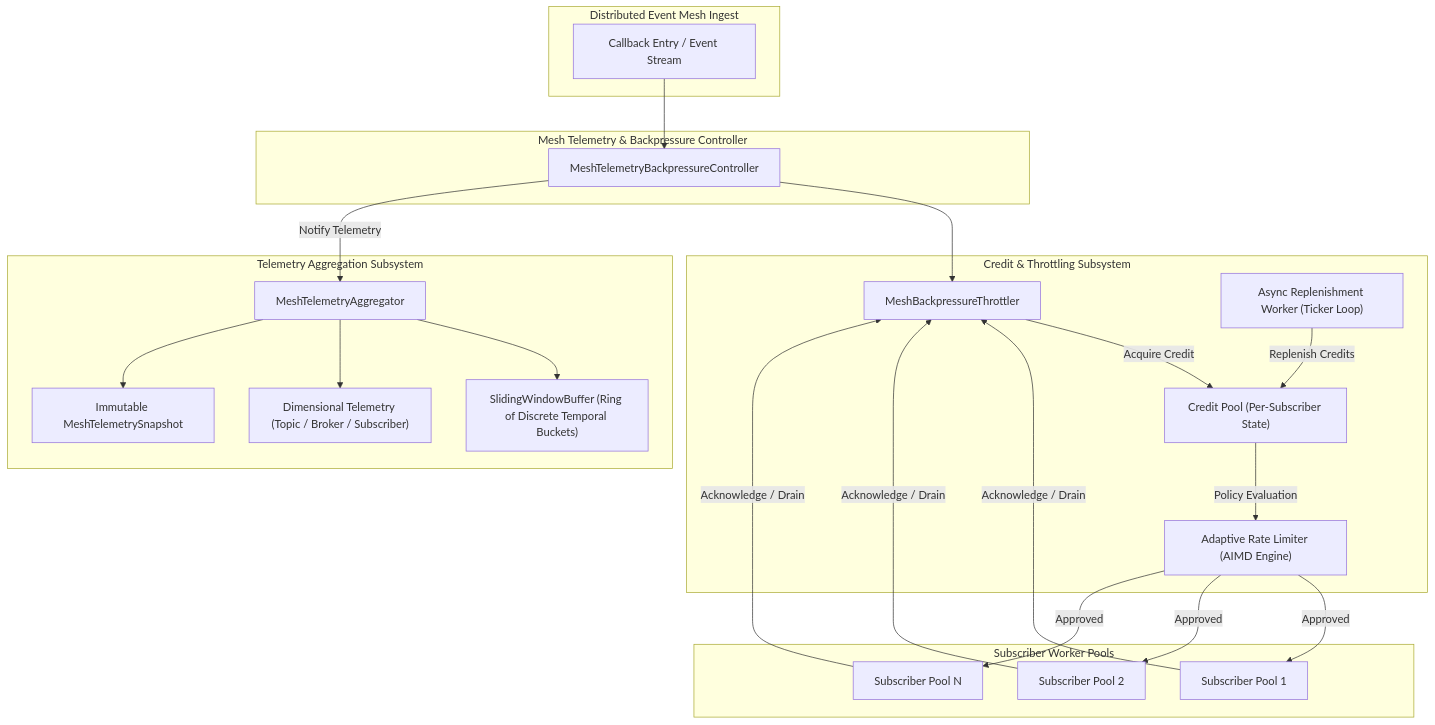
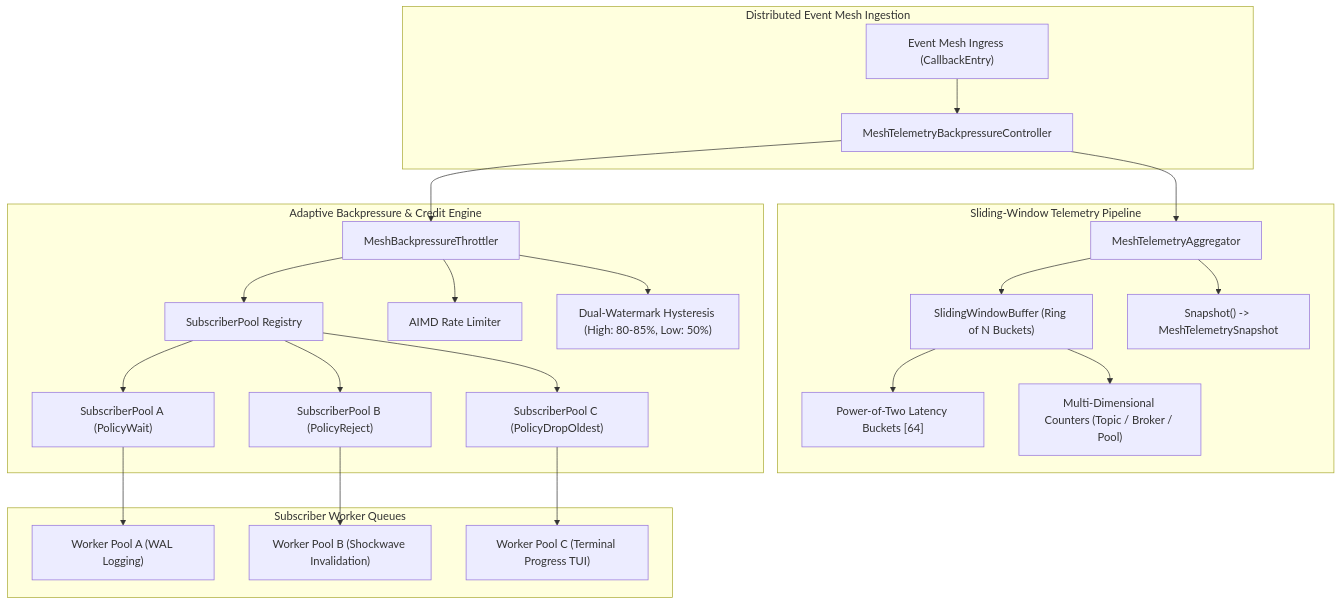
The first of 2 diagrams in docs/architecture/EVENT_MESH_TELEMETRY_BACKPRESSURE.md (zqk-os/zqk), drawn with Mermaid before and after one commit. The commit also changed other lines of this file and 2 other files, not shown here.

Commit message:
feat(callback): implement event mesh telemetry aggregation and adaptive backpressure throttling (BLI-1791759409830632000-8f7f064c, PRI-1791680272628493000-0fd3b71e)

````diff
--- a/docs/architecture/EVENT_MESH_TELEMETRY_BACKPRESSURE.md
+++ b/docs/architecture/EVENT_MESH_TELEMETRY_BACKPRESSURE.md
@@ -19,49 +16,31 @@
 ```mermaid
 flowchart TD
-    subgraph EventMesh["Distributed Event Mesh Ingest"]
-        E["Callback Entry / Event Stream"]
+    subgraph EventMesh ["Distributed Event Mesh Ingestion"]
+        InboundStream["Event Mesh Ingress (CallbackEntry)"] --> Dispatcher["MeshTelemetryBackpressureController"]
     end
 
-    subgraph Controller["Mesh Telemetry & Backpressure Controller"]
-        MC["MeshTelemetryBackpressureController"]
+    subgraph TelemetryAggregation ["Sliding-Window Telemetry Pipeline"]
+        Dispatcher --> MTA["MeshTelemetryAggregator"]
+        MTA --> SWB["SlidingWindowBuffer (Ring of N Buckets)"]
+        SWB --> LatencyHist["Power-of-Two Latency Buckets [64]"]
+        SWB --> DimMaps["Multi-Dimensional Counters (Topic / Broker / Pool)"]
+        MTA --> Snap["Snapshot() -> MeshTelemetrySnapshot"]
     end
 
-    subgraph TelemetrySubsystem["Telemetry Aggregation Subsystem"]
-        MTA["MeshTelemetryAggregator"]
-        SWB["SlidingWindowBuffer (Ring of Discrete Temporal Buckets)"]
-        DT["Dimensional Telemetry (Topic / Broker / Subscriber)"]
-        SNAP["Immutable MeshTelemetrySnapshot"]
+    subgraph BackpressureEngine ["Adaptive Backpressure & Credit Engine"]
+        Dispatcher --> Throttler["MeshBackpressureThrottler"]
+        Throttler --> PoolRegistry["SubscriberPool Registry"]
+        PoolRegistry --> PoolA["SubscriberPool A (PolicyWait)"]
+        PoolRegistry --> PoolB["SubscriberPool B (PolicyReject)"]
+        PoolRegistry --> PoolC["SubscriberPool C (PolicyDropOldest)"]
+
+        Throttler --> AIMD["AIMD Rate Limiter"]
+        Throttler --> Hysteresis["Dual-Watermark Hysteresis (High: 80-85%, Low: 50%)"]
     end
 
-    subgraph BackpressureSubsystem["Credit & Throttling Subsystem"]
-        MBT["MeshBackpressureThrottler"]
-        CP["Credit Pool (Per-Subscriber State)"]
-        AIMD["Adaptive Rate Limiter (AIMD Engine)"]
-        REP["Async Replenishment Worker (Ticker Loop)"]
+    subgraph WorkerExecution ["Subscriber Worker Queues"]
+        PoolA --> WorkerA["Worker Pool A (WAL Logging)"]
+        PoolB --> WorkerB["Worker Pool B (Shockwave Invalidation)"]
+        PoolC --> WorkerC["Worker Pool C (Terminal Progress TUI)"]
     end
-
-    subgraph Workers["Subscriber Worker Pools"]
-        W1["Subscriber Pool 1"]
-        W2["Subscriber Pool 2"]
-        W3["Subscriber Pool N"]
-    end
-
-    E --> MC
-    MC --> MBT
-    MBT -->|Acquire Credit| CP
-    CP -->|Policy Evaluation| AIMD
-    AIMD -->|Approved| W1
-    AIMD -->|Approved| W2
-    AIMD -->|Approved| W3
-
-    W1 -->|Acknowledge / Drain| MBT
-    W2 -->|Acknowledge / Drain| MBT
-    W3 -->|Acknowledge / Drain| MBT
-
-    MC -->|Notify Telemetry| MTA
-    MTA --> SWB
-    MTA --> DT
-    MTA --> SNAP
-
-    REP -->|Replenish Credits| CP
 ```
````
